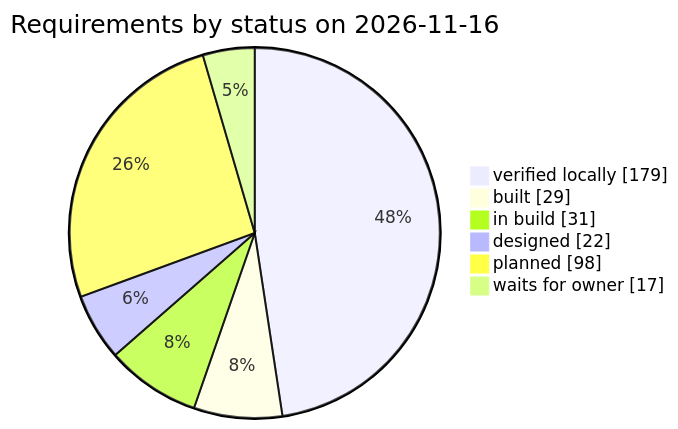
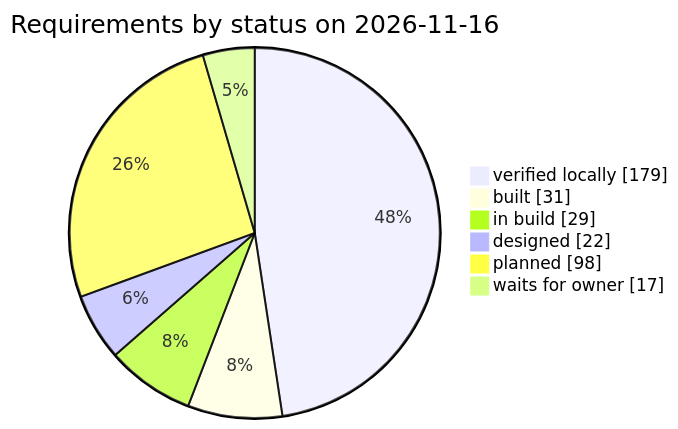
Before and after one commit to qa-io-vn/fnb-manager: the third of 3 diagrams in docs/requirements.md, drawn with Mermaid. The commit also changed other lines of this file and 29 other files, not shown here.

````diff
--- a/docs/requirements.md
+++ b/docs/requirements.md
@@ -982,10 +982,10 @@
 ```mermaid
 pie showData
     title Requirements by status on 2026-11-16
     "verified locally" : 179
-    "built" : 29
-    "in build" : 31
+    "built" : 31
+    "in build" : 29
     "designed" : 22
     "planned" : 98
     "waits for owner" : 17
 ```
````
